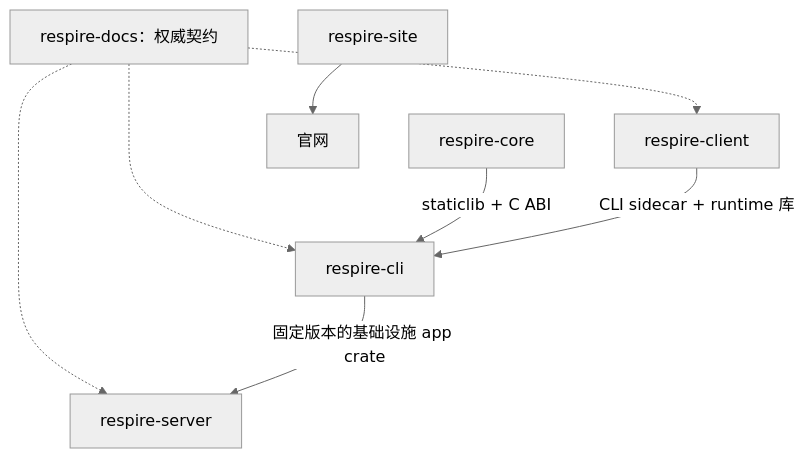
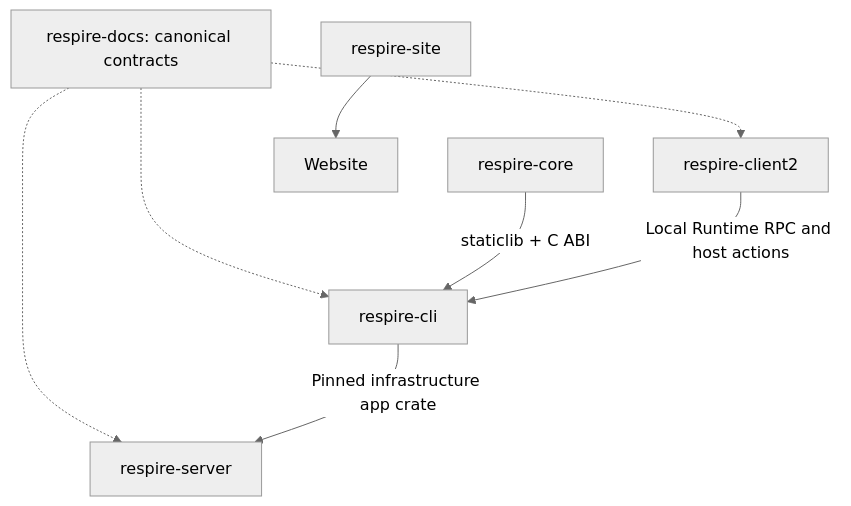
The diagram in docs/zh/repos.md (risense-ai/respire-docs), drawn with Mermaid (neutral theme) before and after one commit. The commit also changed other lines of this file and 117 other files, not shown here.

````diff
--- a/docs/zh/repos.md
+++ b/docs/zh/repos.md
@@ -3,10 +3,10 @@
 ```mermaid
 flowchart TB
-  Docs["respire-docs：权威契约"] -.-> CLI["respire-cli"]
+  Docs["respire-docs: canonical contracts"] -.-> CLI["respire-cli"]
   Docs -.-> Server["respire-server"]
-  Docs -.-> Client["respire-client"]
+  Docs -.-> Client["respire-client2"]
   Core["respire-core"] -->|staticlib + C ABI| CLI
-  CLI -->|固定版本的基础设施 app crate| Server
-  Client -->|CLI sidecar + runtime 库| CLI
-  Site["respire-site"] --> Website["官网"]
+  CLI -->|Pinned infrastructure app crate| Server
+  Client -->|Local Runtime RPC and host actions| CLI
+  Site["respire-site"] --> Website["Website"]
 ```
````
